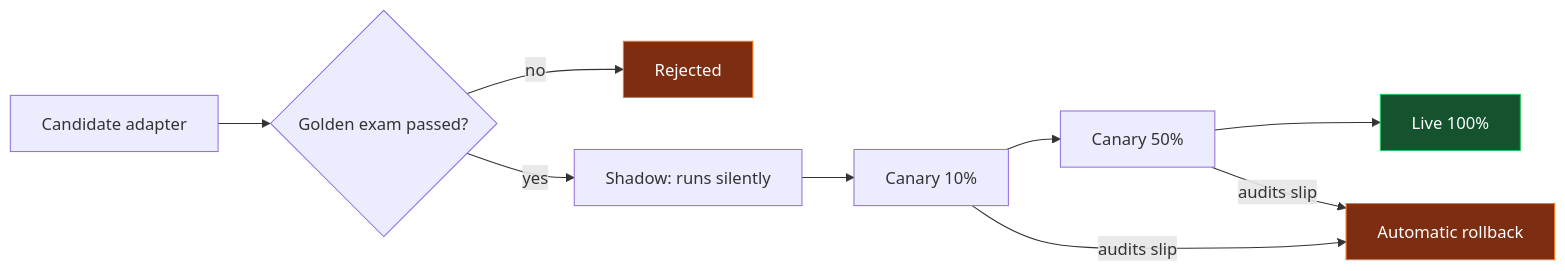
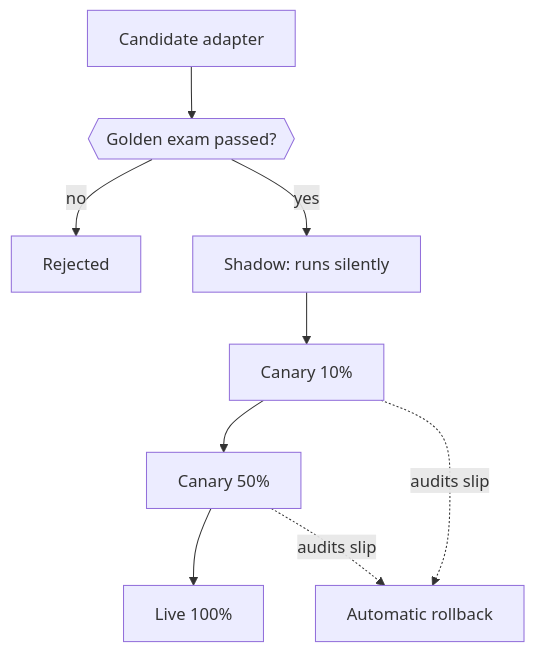
The fourth of 4 diagrams in docs-site/src/content/docs/guides/why-it-matters.mdx (harshbhx/ratchet), drawn with Mermaid before and after one commit. The commit also changed other lines of this file and 25 other files, not shown here.

````diff
--- a/docs-site/src/content/docs/guides/why-it-matters.mdx
+++ b/docs-site/src/content/docs/guides/why-it-matters.mdx
@@ -118,15 +151,15 @@
 ```mermaid
-flowchart LR
-  C["Candidate adapter"] --> G{"Golden exam passed?"}
+flowchart TB
+  C["Candidate adapter"] --> G{{"Golden exam passed?"}}
   G -->|"no"| X["Rejected"]
   G -->|"yes"| SH["Shadow: runs silently"]
   SH --> C10["Canary 10%"]
   C10 --> C50["Canary 50%"]
   C50 --> L["Live 100%"]
-  C10 -->|"audits slip"| RB["Automatic rollback"]
-  C50 -->|"audits slip"| RB
-  classDef bad fill:#7c2d12,stroke:#f97316,color:#fff
-  classDef good fill:#14532d,stroke:#22c55e,color:#fff
-  class X,RB bad
-  class L good
+  C10 -.->|"audits slip"| RB["Automatic rollback"]
+  C50 -.->|"audits slip"| RB
+  class C,SH,C10,C50 student
+  class G gate
+  class X,RB danger
+  class L ok
 ```
````
